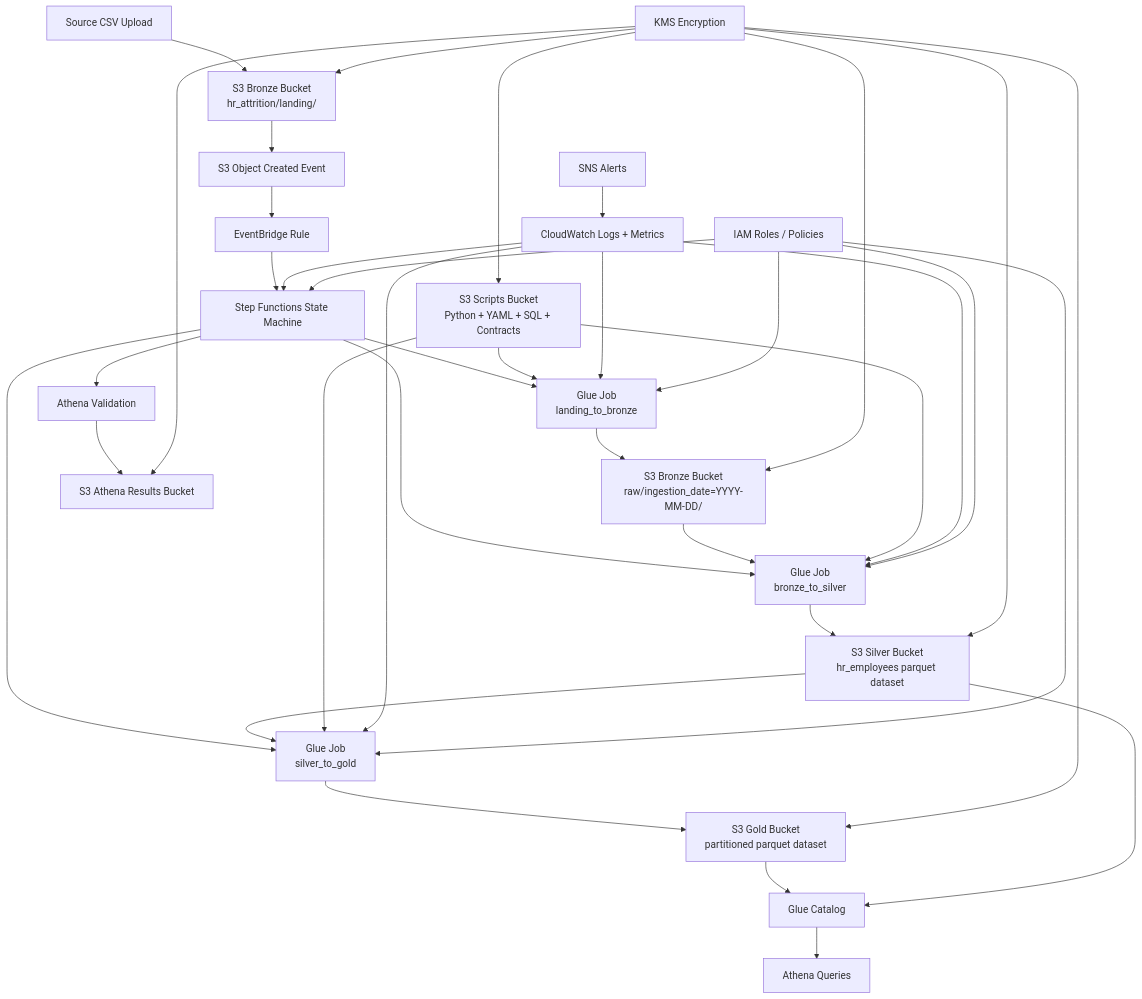
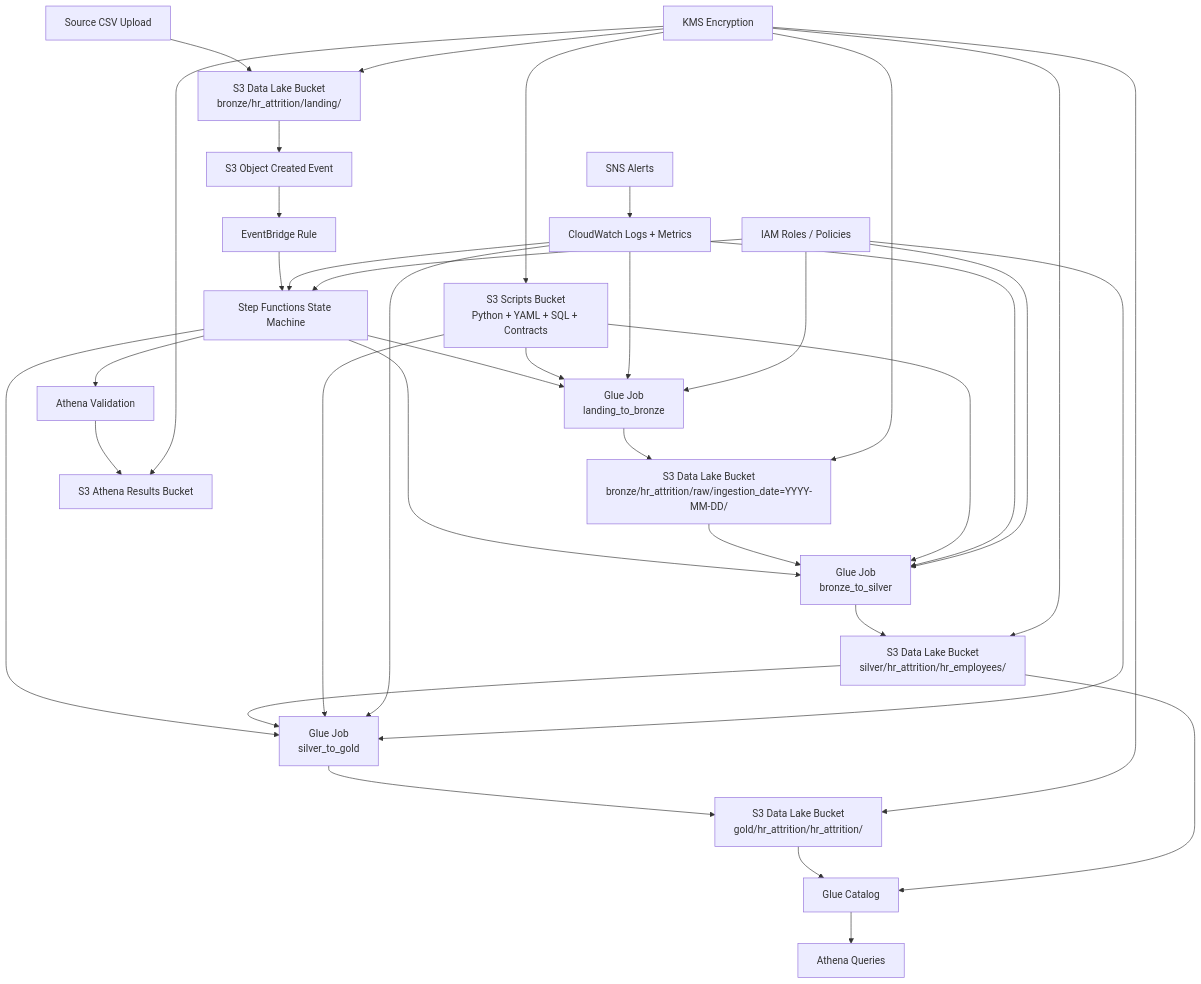
Before and after one commit to Merlin2098/HR-Data-Lakehouse: the second of 5 diagrams in docs/etl_architecture_diagram.md, drawn with Mermaid. The commit also changed 20 other files, not shown here.

Commit message:
Unify medallion layers into one data lake bucket

````diff
--- a/docs/etl_architecture_diagram.md
+++ b/docs/etl_architecture_diagram.md
@@ -22,45 +22,45 @@
 ```mermaid
 flowchart TB
-    U["Source CSV Upload"] --> S3L["S3 Bronze Bucket<br/>hr_attrition/landing/"]
+    U["Source CSV Upload"] --> S3L["S3 Data Lake Bucket<br/>bronze/hr_attrition/landing/"]
     S3L --> EV["S3 Object Created Event"]
     EV --> EB["EventBridge Rule"]
     EB --> SF["Step Functions State Machine"]
 
     SF --> J1["Glue Job<br/>landing_to_bronze"]
-    J1 --> S3B["S3 Bronze Bucket<br/>raw/ingestion_date=YYYY-MM-DD/"]
+    J1 --> S3B["S3 Data Lake Bucket<br/>bronze/hr_attrition/raw/ingestion_date=YYYY-MM-DD/"]
 
     SF --> J2["Glue Job<br/>bronze_to_silver"]
     S3B --> J2
-    J2 --> S3S["S3 Silver Bucket<br/>hr_employees parquet dataset"]
+    J2 --> S3S["S3 Data Lake Bucket<br/>silver/hr_attrition/hr_employees/"]
 
     SF --> J3["Glue Job<br/>silver_to_gold"]
     S3S --> J3
-    J3 --> S3G["S3 Gold Bucket<br/>partitioned parquet dataset"]
+    J3 --> S3G["S3 Data Lake Bucket<br/>gold/hr_attrition/hr_attrition/"]
 
     SF --> ATHV["Athena Validation"]
     S3G --> GC["Glue Catalog"]
     S3S --> GC
     GC --> ATH["Athena Queries"]
     ATHV --> ATHR["S3 Athena Results Bucket"]
 
     SCR["S3 Scripts Bucket<br/>Python + YAML + SQL + Contracts"] --> J1
     SCR --> J2
     SCR --> J3
 
     CW["CloudWatch Logs + Metrics"] --> SF
     CW --> J1
     CW --> J2
     CW --> J3
 
     SNS["SNS Alerts"] --> CW
     KMS["KMS Encryption"] --> S3L
     KMS --> S3B
     KMS --> S3S
     KMS --> S3G
     KMS --> SCR
     KMS --> ATHR
     IAM["IAM Roles / Policies"] --> SF
     IAM --> J1
     IAM --> J2
     IAM --> J3
 ```
````
